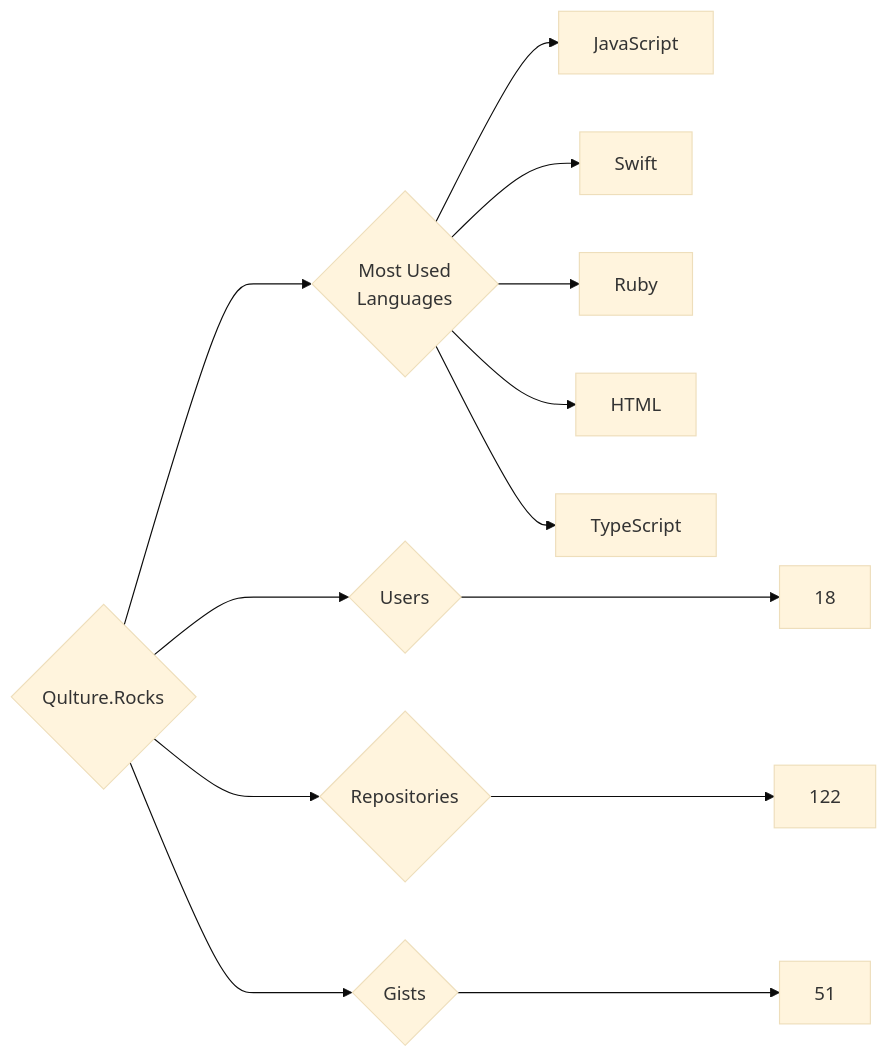
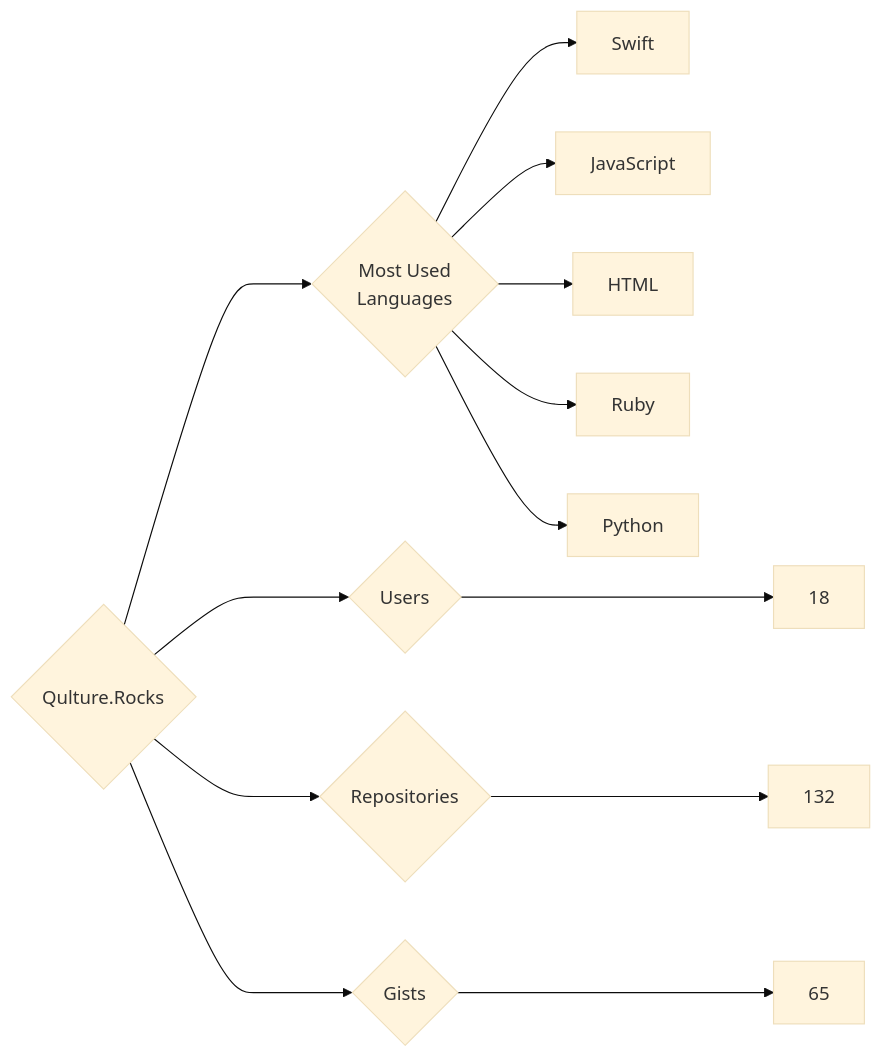
Before and after one commit to trickest/insiders: the diagram in targets/Qulture.Rocks/README.md, drawn with Mermaid (base theme). The commit also changed 677 other files, not shown here.

````diff
--- a/targets/Qulture.Rocks/README.md
+++ b/targets/Qulture.Rocks/README.md
@@ -3,13 +3,13 @@
 ```mermaid
 graph LR
 COMPANY_NAME{Qulture.Rocks}
 COMPANY_NAME ---> U{Users} ---> UN[18]
-COMPANY_NAME ---> R{Repositories} ---> RN[122]
-COMPANY_NAME ---> G{Gists} ---> GN[51]
+COMPANY_NAME ---> R{Repositories} ---> RN[132]
+COMPANY_NAME ---> G{Gists} ---> GN[65]
 COMPANY_NAME ---> ML{Most Used<br>Languages}
+ML --> Swift[Swift]
 ML --> JavaScript[JavaScript]
-ML --> Swift[Swift]
+ML --> HTML[HTML]
 ML --> Ruby[Ruby]
-ML --> HTML[HTML]
-ML --> TypeScript[TypeScript]
+ML --> Python[Python]
 ```
````
